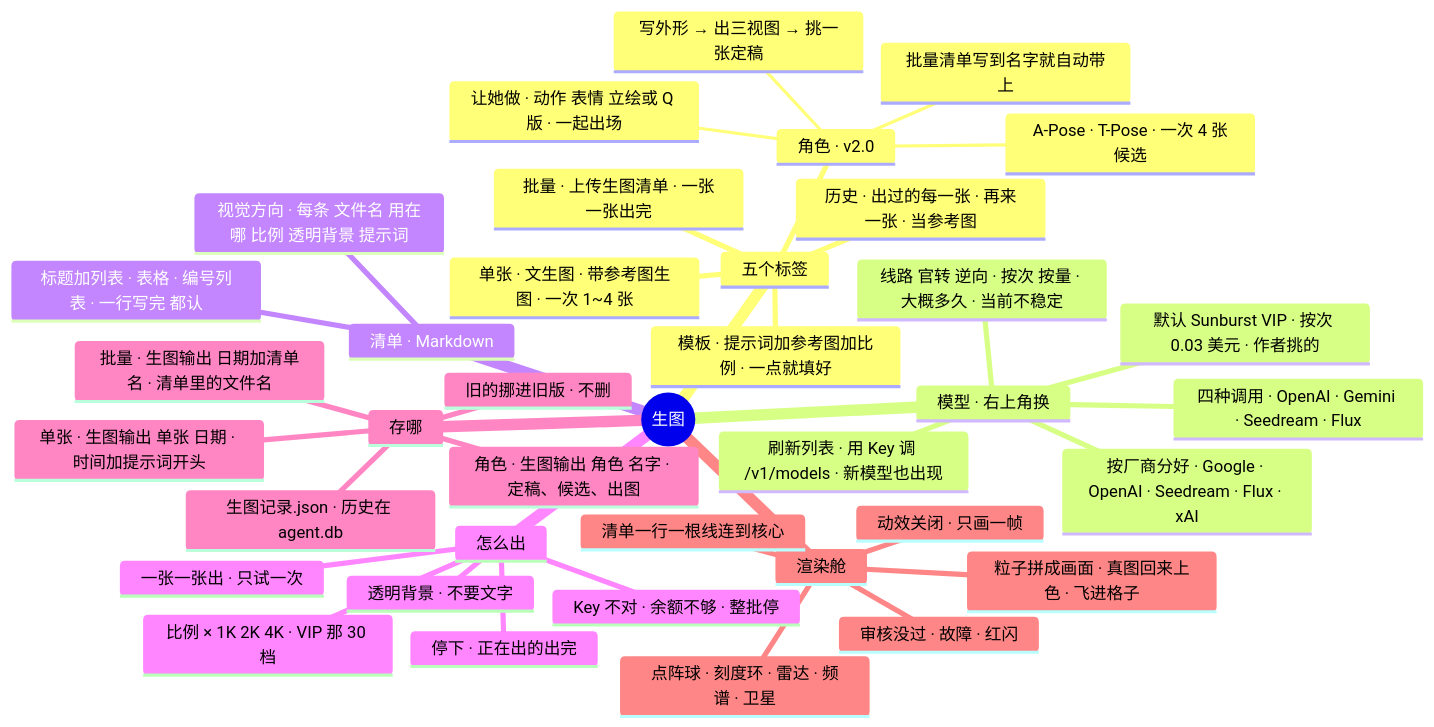
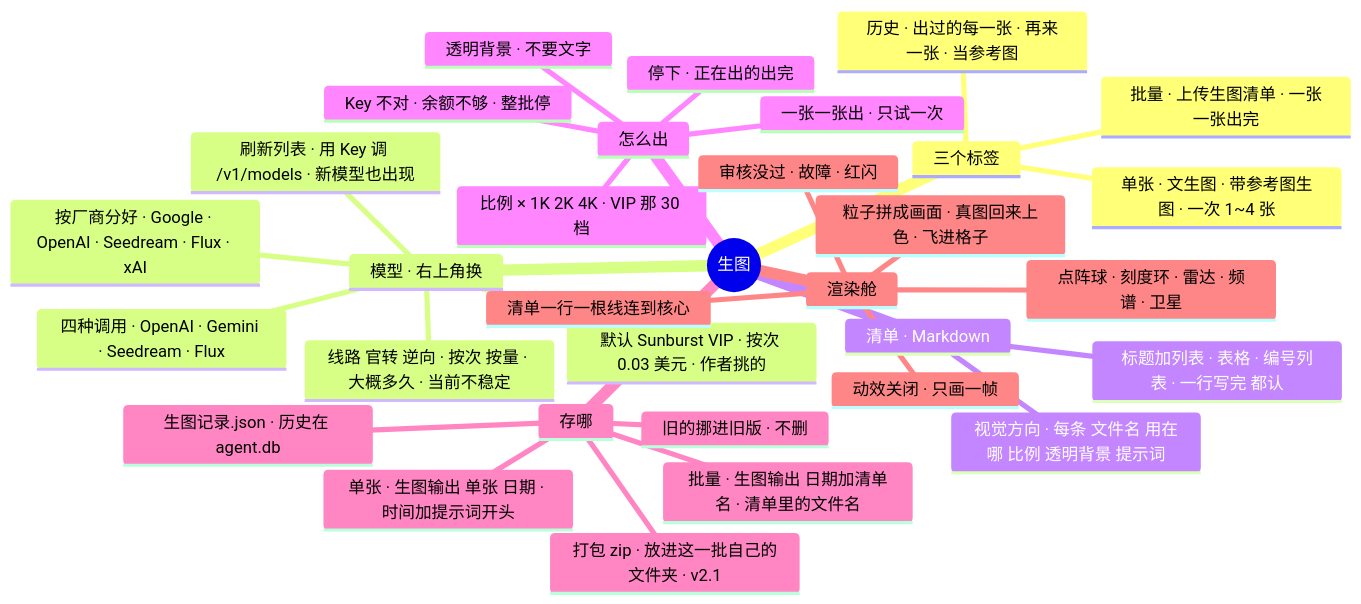
Before and after one commit to lql-076/Experiment-Agent-One: the diagram in docs/AI文档/架构/15-生图.md, drawn with Mermaid. The commit also changed other lines of this file and 40 other files, not shown here.

First line of the commit message:
v2.1 进行中：Agent 自己的工作文件夹（写、改、删先备份、运行程序、备份半年清一次出清单）；生图撤掉角色和模板；四个小修

````diff
--- a/docs/AI文档/架构/15-生图.md
+++ b/docs/AI文档/架构/15-生图.md
@@ -9,41 +9,35 @@
 ```mermaid
 mindmap
   root((生图))
-    五个标签
-      角色 · v2.0
-        写外形 → 出三视图 → 挑一张定稿
-        A-Pose · T-Pose · 一次 4 张候选
-        让她做 · 动作 表情 立绘或 Q 版 · 一起出场
-        批量清单写到名字就自动带上
+    三个标签
       单张 · 文生图 · 带参考图生图 · 一次 1~4 张
       批量 · 上传生图清单 · 一张一张出完
       历史 · 出过的每一张 · 再来一张 · 当参考图
-      模板 · 提示词加参考图加比例 · 一点就填好
     模型 · 右上角换
       默认 Sunburst VIP · 按次 0.03 美元 · 作者挑的
       按厂商分好 · Google · OpenAI · Seedream · Flux · xAI
       线路 官转 逆向 · 按次 按量 · 大概多久 · 当前不稳定
       刷新列表 · 用 Key 调 /v1/models · 新模型也出现
       四种调用 · OpenAI · Gemini · Seedream · Flux
     清单 · Markdown
       视觉方向 · 每条 文件名 用在哪 比例 透明背景 提示词
       标题加列表 · 表格 · 编号列表 · 一行写完 都认
     怎么出
       比例 × 1K 2K 4K · VIP 那 30 档
       透明背景 · 不要文字
       一张一张出 · 只试一次
       停下 · 正在出的出完
       Key 不对 · 余额不够 · 整批停
     存哪
       批量 · 生图输出 日期加清单名 · 清单里的文件名
       单张 · 生图输出 单张 日期 · 时间加提示词开头
       旧的挪进旧版 · 不删
       生图记录.json · 历史在 agent.db
-      角色 · 生图输出 角色 名字 · 定稿、候选、出图
+      打包 zip · 放进这一批自己的文件夹 · v2.1
     渲染舱
       点阵球 · 刻度环 · 雷达 · 频谱 · 卫星
       清单一行一根线连到核心
       粒子拼成画面 · 真图回来上色 · 飞进格子
       审核没过 · 故障 · 红闪
       动效关闭 · 只画一帧
 ```
````
